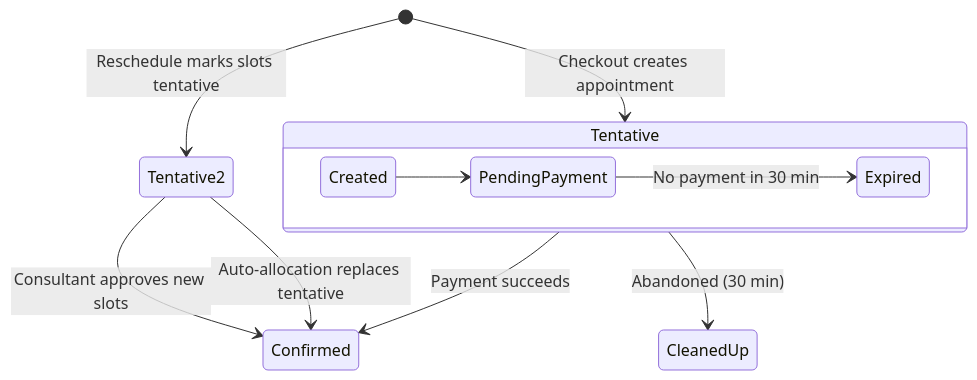
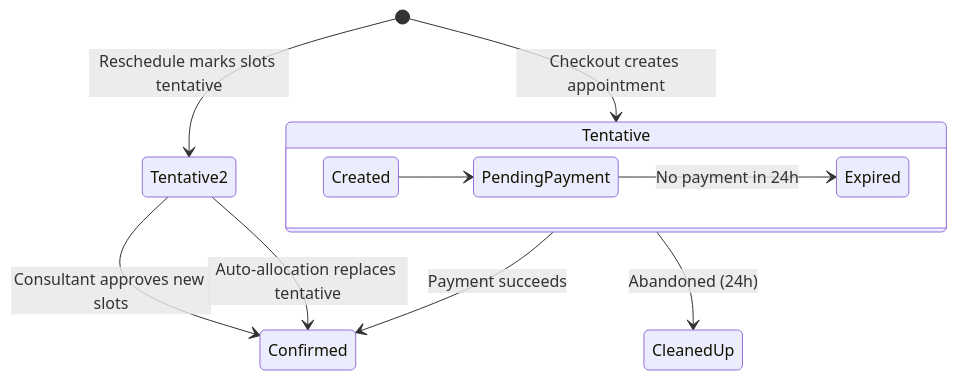
Before and after one commit to Practitionist/familiarise_web: the sixth of 6 diagrams in docs/booking/01-architecture.md, drawn with Mermaid. The commit also changed 35 other files, not shown here.

````diff
--- a/docs/booking/01-architecture.md
+++ b/docs/booking/01-architecture.md
@@ -285,16 +285,16 @@
 ```mermaid
 stateDiagram-v2
     [*] --> Tentative: Checkout creates appointment
     Tentative --> Confirmed: Payment succeeds
-    Tentative --> CleanedUp: Abandoned (30 min)
+    Tentative --> CleanedUp: Abandoned (24h)
 
     [*] --> Tentative2: Reschedule marks slots tentative
     Tentative2 --> Confirmed: Consultant approves new slots
     Tentative2 --> Confirmed: Auto-allocation replaces tentative
 
     state Tentative {
         direction LR
         Created --> PendingPayment
-        PendingPayment --> Expired: No payment in 30 min
+        PendingPayment --> Expired: No payment in 24h
     }
 ```
````
